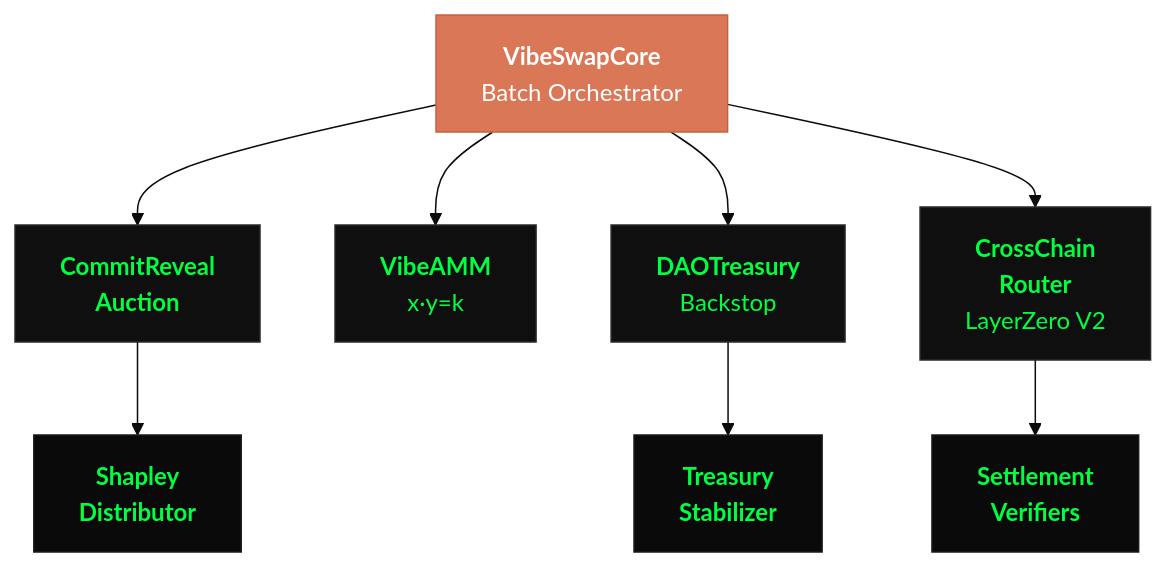
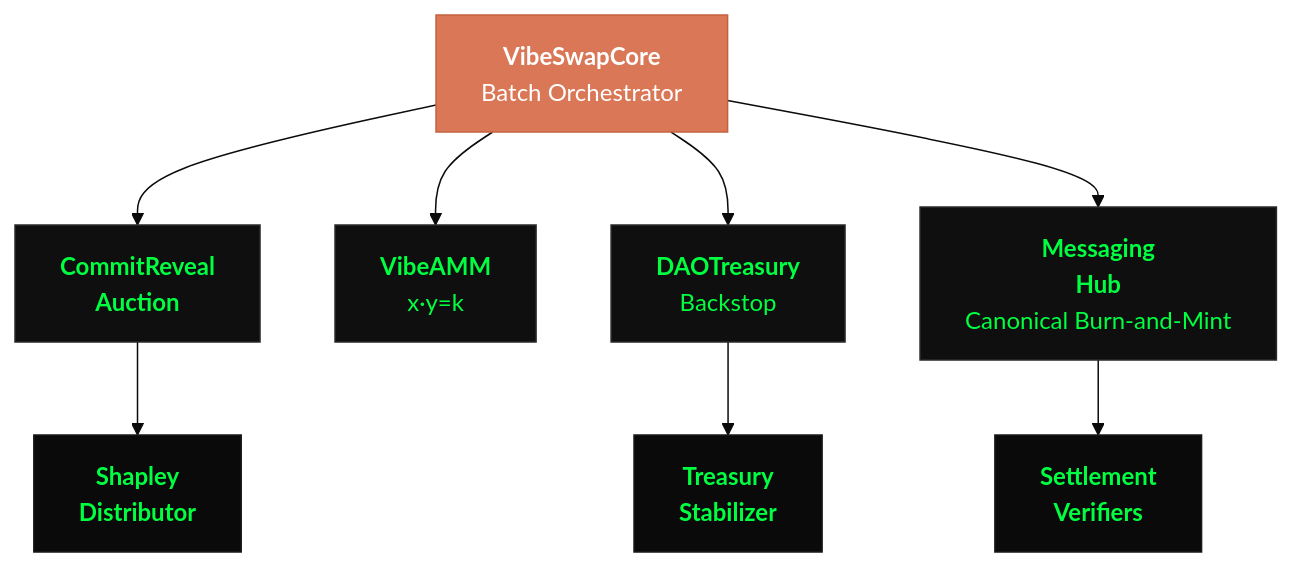
Before and after one commit to WGlynn/VibeSwap: the diagram in README.md, drawn with Mermaid (base theme). The commit also changed other lines of this file, not shown here.

First line of the commit message:
docs: ditch LayerZero from README + repo topics

````diff
--- a/README.md
+++ b/README.md
@@ -54,22 +54,22 @@
 ```mermaid
 graph TD
     Core[<b>VibeSwapCore</b><br/>Batch Orchestrator]
 
     Core --> Auction[<b>CommitReveal<br/>Auction</b>]
     Core --> AMM[<b>VibeAMM</b><br/>x·y=k]
     Core --> Gov[<b>DAOTreasury</b><br/>Backstop]
-    Core --> XChain[<b>CrossChain<br/>Router</b><br/>LayerZero V2]
+    Core --> XChain[<b>Messaging<br/>Hub</b><br/>Canonical Burn-and-Mint]
 
     Auction --> Shapley[<b>Shapley<br/>Distributor</b>]
     Gov --> Stabilizer[<b>Treasury<br/>Stabilizer</b>]
     XChain --> Verifiers[<b>Settlement<br/>Verifiers</b>]
 
     style Core fill:#da7756,stroke:#c4623f,color:#fff
     style Auction fill:#0f0f0f,stroke:#2a2a2a,color:#00ff41
     style AMM fill:#0f0f0f,stroke:#2a2a2a,color:#00ff41
     style Gov fill:#0f0f0f,stroke:#2a2a2a,color:#00ff41
     style XChain fill:#0f0f0f,stroke:#2a2a2a,color:#00ff41
     style Shapley fill:#0a0a0a,stroke:#1a1a1a,color:#00ff41
     style Stabilizer fill:#0a0a0a,stroke:#1a1a1a,color:#00ff41
     style Verifiers fill:#0a0a0a,stroke:#1a1a1a,color:#00ff41
 ```
````
